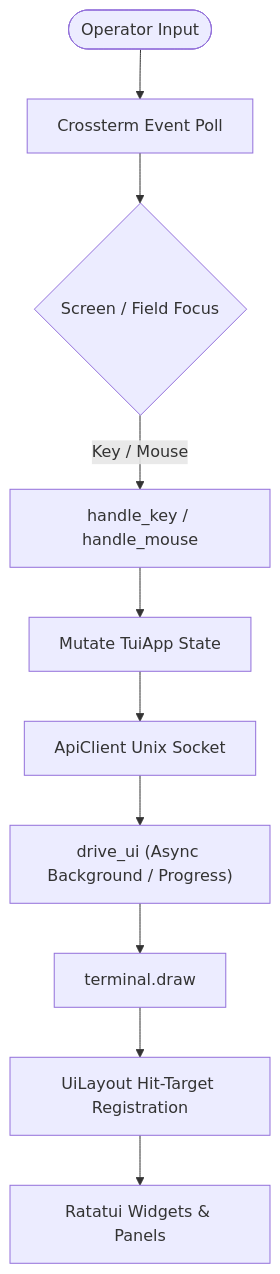
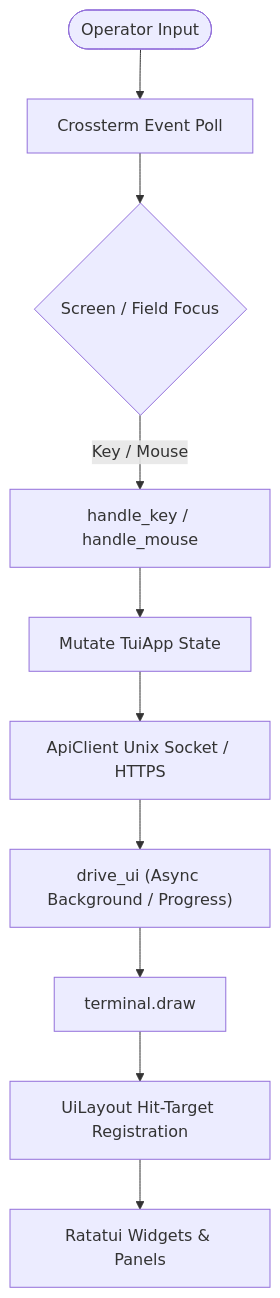
One commit to PR3FL0P/traffic-masq changed the diagram in crates/tui/src/tui/README.md. Above: the diagram before and after it, drawn with Mermaid. The commit also changed other lines of this file and 10 other files, not shown here.

````diff
--- a/crates/tui/src/tui/README.md
+++ b/crates/tui/src/tui/README.md
@@ -62,15 +62,15 @@
 ```mermaid
 flowchart TD
     User([Operator Input]) --> EventPoll[Crossterm Event Poll]
     EventPoll --> InputRouter{Screen / Field Focus}
 
     InputRouter -->|Key / Mouse| KeyHandler[handle_key / handle_mouse]
     KeyHandler --> StateMutation[Mutate TuiApp State]
 
-    StateMutation --> ApiRequest[ApiClient Unix Socket]
+    StateMutation --> ApiRequest[ApiClient Unix Socket / HTTPS]
     ApiRequest --> DriveUI["drive_ui (Async Background / Progress)"]
     DriveUI --> Redraw[terminal.draw]
 
     Redraw --> LayoutBuild[UiLayout Hit-Target Registration]
     LayoutBuild --> RatatuiRender[Ratatui Widgets & Panels]
 ```
````
